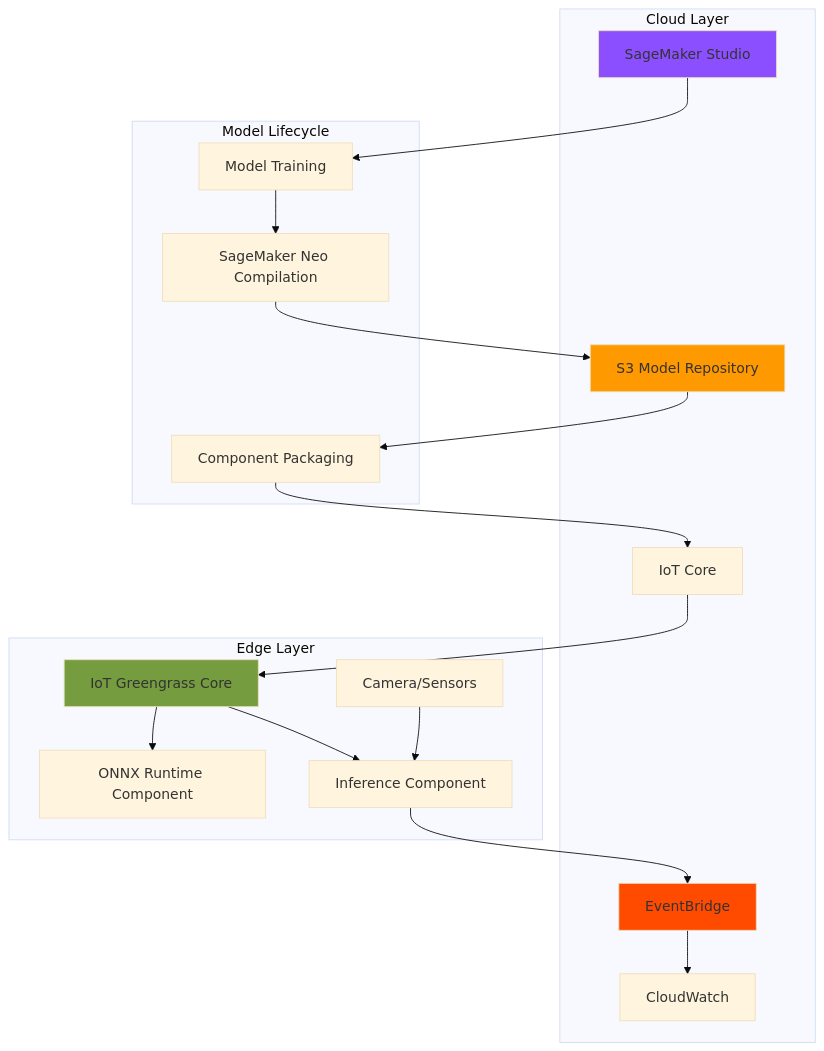
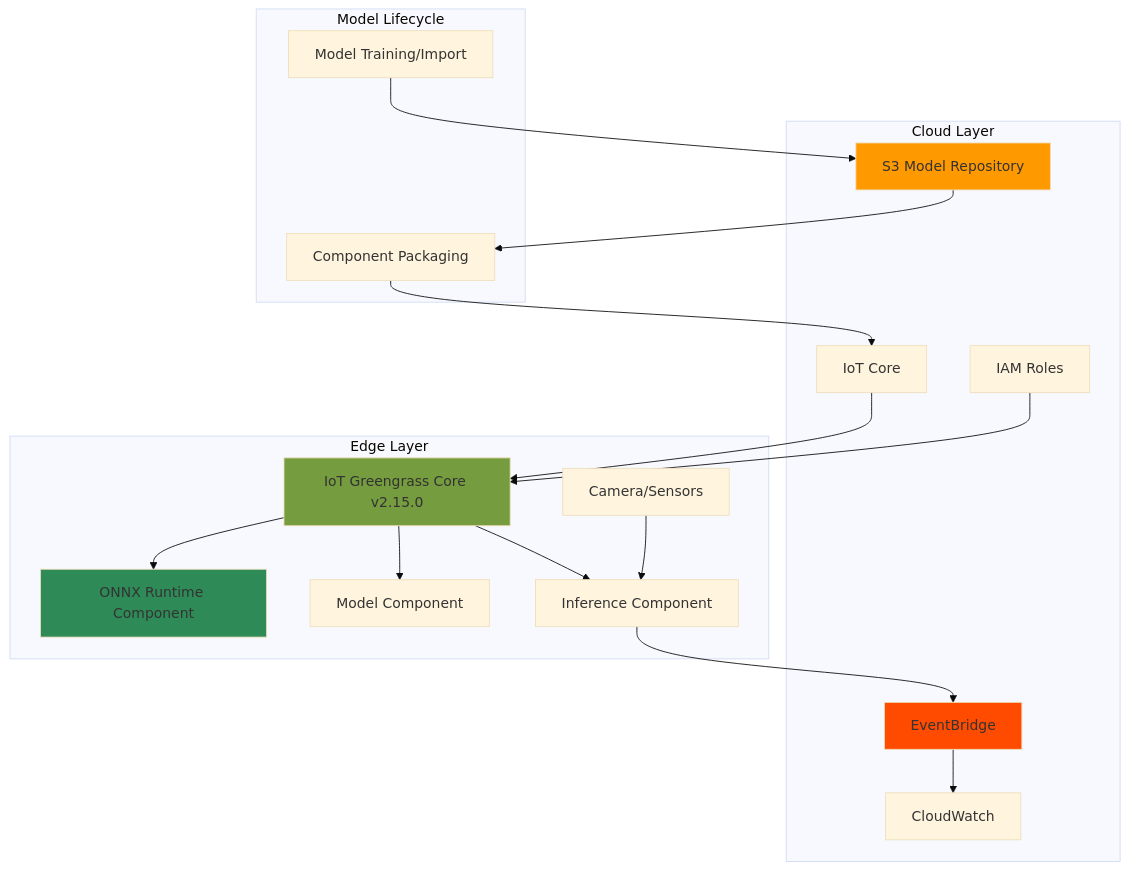
One commit to mzazon/awesome-cloud-projects changed the diagram in aws/real-time-edge-ai-inference/real-time-edge-ai-inference.md. Above: the diagram before and after it, drawn with Mermaid (base theme). The commit also changed other lines of this file and 5581 other files, not shown here.

````diff
--- a/aws/real-time-edge-ai-inference/real-time-edge-ai-inference.md
+++ b/aws/real-time-edge-ai-inference/real-time-edge-ai-inference.md
@@ -30,40 +30,40 @@
 ```mermaid
 graph TB
     subgraph "Cloud Layer"
         S3[S3 Model Repository]
-        SM[SageMaker Studio]
         EB[EventBridge]
         CW[CloudWatch]
         IOT[IoT Core]
+        IAM[IAM Roles]
     end
     
     subgraph "Edge Layer"
-        GG[IoT Greengrass Core]
+        GG[IoT Greengrass Core v2.15.0]
         ONNX[ONNX Runtime Component]
         INF[Inference Component]
         CAM[Camera/Sensors]
+        MODEL[Model Component]
     end
     
     subgraph "Model Lifecycle"
-        TRAIN[Model Training]
-        NEO[SageMaker Neo Compilation]
+        TRAIN[Model Training/Import]
         PKG[Component Packaging]
     end
     
-    SM-->TRAIN
-    TRAIN-->NEO
-    NEO-->S3
+    TRAIN-->S3
     S3-->PKG
     PKG-->IOT
     IOT-->GG
     GG-->ONNX
+    GG-->MODEL
     GG-->INF
     CAM-->INF
     INF-->EB
     EB-->CW
+    IAM-->GG
     
     style S3 fill:#FF9900
     style GG fill:#759C3E
     style EB fill:#FF4B00
-    style SM fill:#8C4FFF
+    style ONNX fill:#2E8B57
 ```
````
